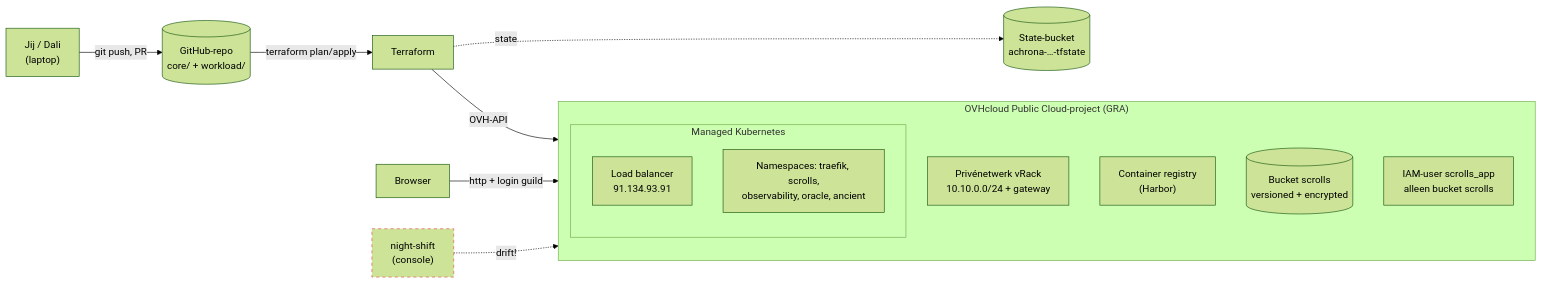
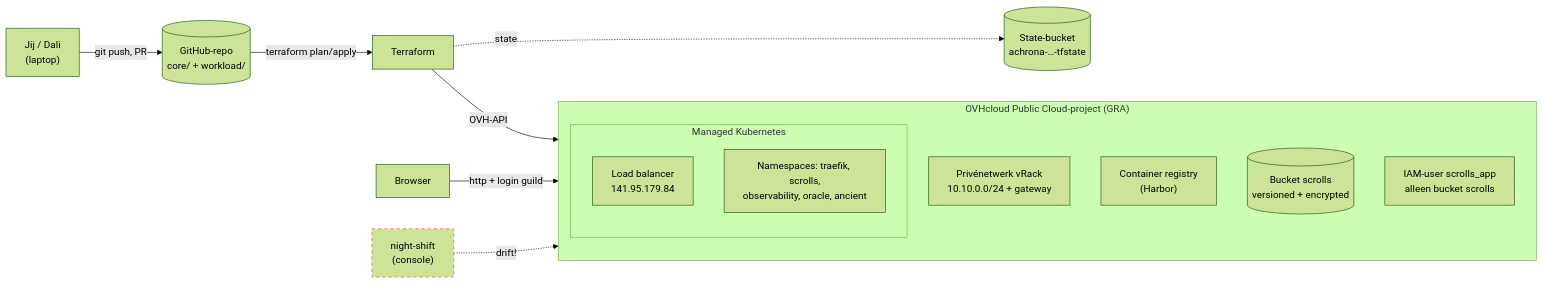
The first of 4 diagrams in docs/architectuur.md (VR0EM/htf-antwerpen-2026), drawn with Mermaid (forest theme) before and after one commit. The commit also changed other lines of this file and 1 other file, not shown here.

Commit message:
Docs: website weer online op 141.95.179.84 (bewijs + architectuur) (#62)

````diff
--- a/docs/architectuur.md
+++ b/docs/architectuur.md
@@ -9,23 +9,23 @@
 ```mermaid
 flowchart LR
     dev["Jij / Dali<br/>(laptop)"] -->|git push, PR| gh[("GitHub-repo<br/>core/ + workload/")]
     gh -->|terraform plan/apply| tf["Terraform"]
     tf -->|OVH-API| ovh
     tf -.->|state| st[("State-bucket<br/>achrona-…-tfstate")]
     user["Browser"] -->|http + login guild| lb
 
     subgraph ovh["OVHcloud Public Cloud-project (GRA)"]
         direction TB
         net["Privénetwerk vRack<br/>10.10.0.0/24 + gateway"]
         reg["Container registry<br/>(Harbor)"]
         bucket[("Bucket scrolls<br/>versioned + encrypted")]
         iam["IAM-user scrolls_app<br/>alleen bucket scrolls"]
         subgraph kube["Managed Kubernetes"]
-            lb["Load balancer<br/>91.134.93.91"]
+            lb["Load balancer<br/>141.95.179.84"]
             apps["Namespaces: traefik, scrolls,<br/>observability, oracle, ancient"]
         end
     end
 
     ns["night-shift<br/>(console)"] -. "drift!" .-> ovh
     style ns stroke:#E24B4A,stroke-dasharray: 5 5
 ```
````
